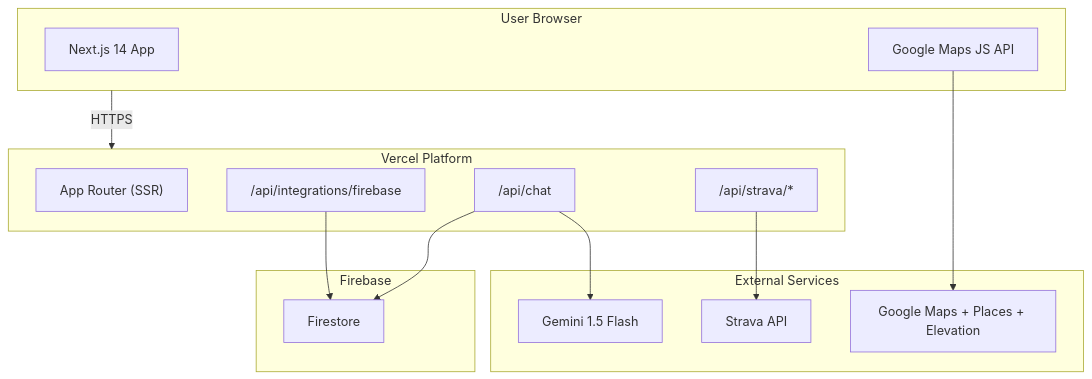
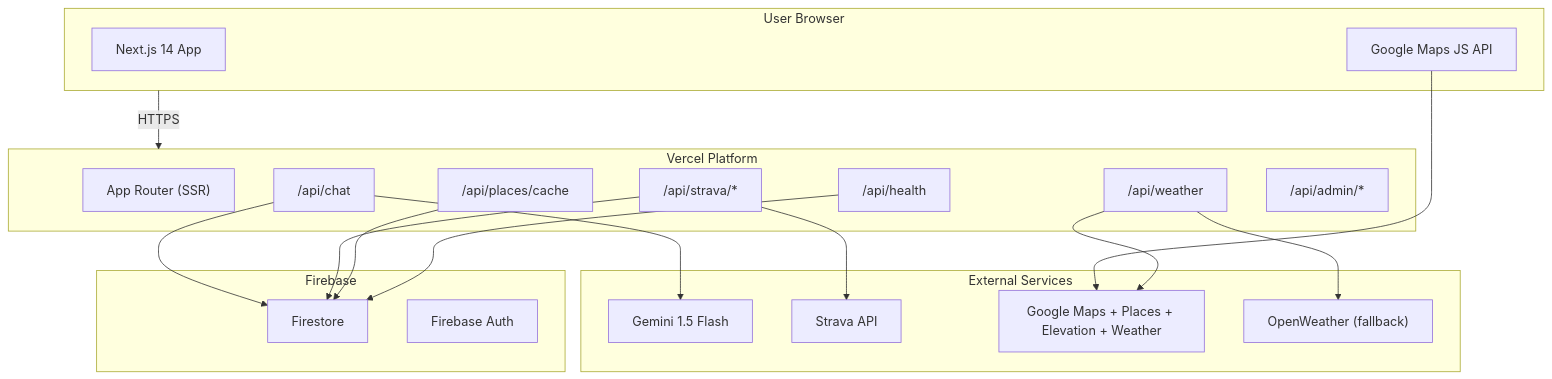
One commit to Oweeboi011/Fit-Ready-IQ changed the second of 18 diagrams in docs/solution-plan/SOLUTION-PLAN.md. Above: the diagram before and after it, drawn with Mermaid. The commit also changed other lines of this file and 15 other files, not shown here.

````diff
--- a/docs/solution-plan/SOLUTION-PLAN.md
+++ b/docs/solution-plan/SOLUTION-PLAN.md
@@ -135,31 +136,40 @@
 ```mermaid
 graph TB
     subgraph Client["User Browser"]
         NextApp["Next.js 14 App"]
         MapsSDK["Google Maps JS API"]
     end
 
     subgraph Vercel["Vercel Platform"]
         SSR["App Router (SSR)"]
         ChatRoute["/api/chat"]
+        WeatherRoute["/api/weather"]
         StravaRoutes["/api/strava/*"]
-        FirebaseRoute["/api/integrations/firebase"]
+        PlacesRoute["/api/places/cache"]
+        HealthRoute["/api/health"]
+        AdminRoutes["/api/admin/*"]
     end
 
     subgraph External["External Services"]
         Gemini["Gemini 1.5 Flash"]
         Strava["Strava API"]
-        Google["Google Maps + Places + Elevation"]
+        Google["Google Maps + Places + Elevation + Weather"]
+        OpenWeather["OpenWeather (fallback)"]
     end
 
     subgraph Firebase["Firebase"]
         Firestore["Firestore"]
+        Auth["Firebase Auth"]
     end
 
     Client -->|HTTPS| Vercel
     MapsSDK --> Google
     ChatRoute --> Gemini
     ChatRoute --> Firestore
+    WeatherRoute --> Google
+    WeatherRoute --> OpenWeather
     StravaRoutes --> Strava
-    FirebaseRoute --> Firestore
+    StravaRoutes --> Firestore
+    PlacesRoute --> Firestore
+    HealthRoute --> Firestore
 ```
````
